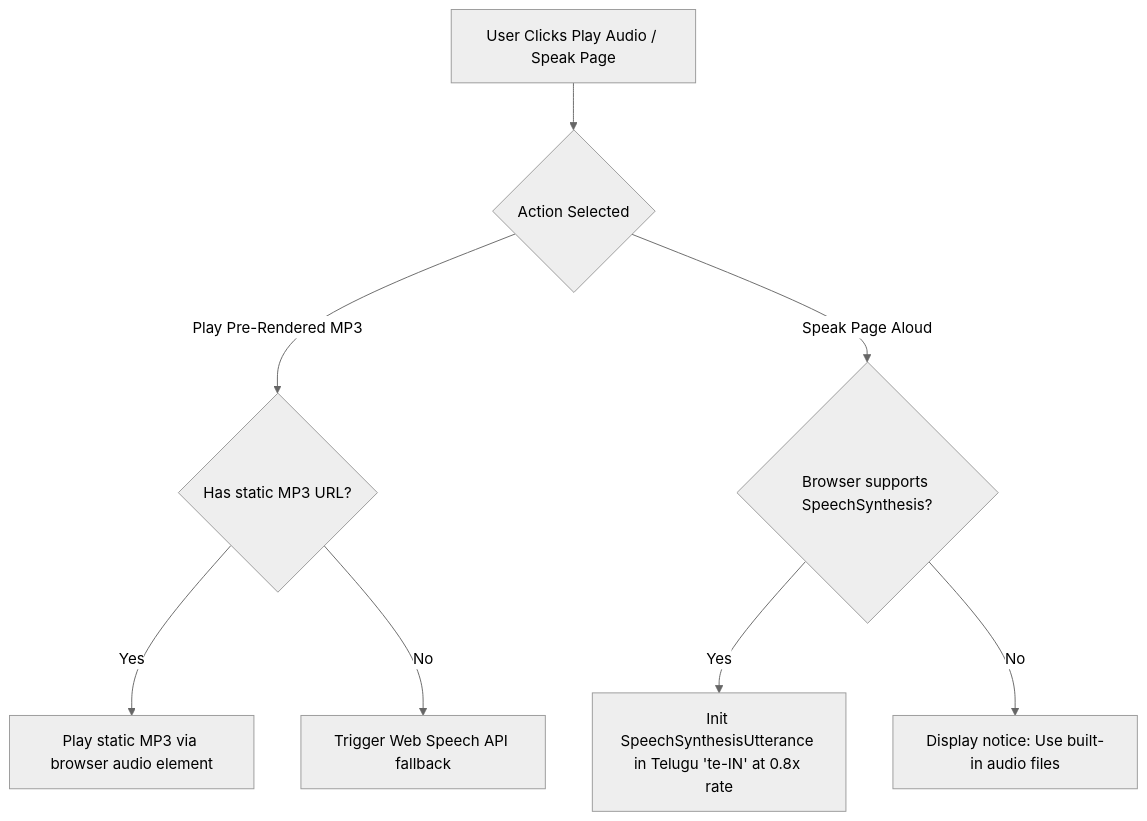
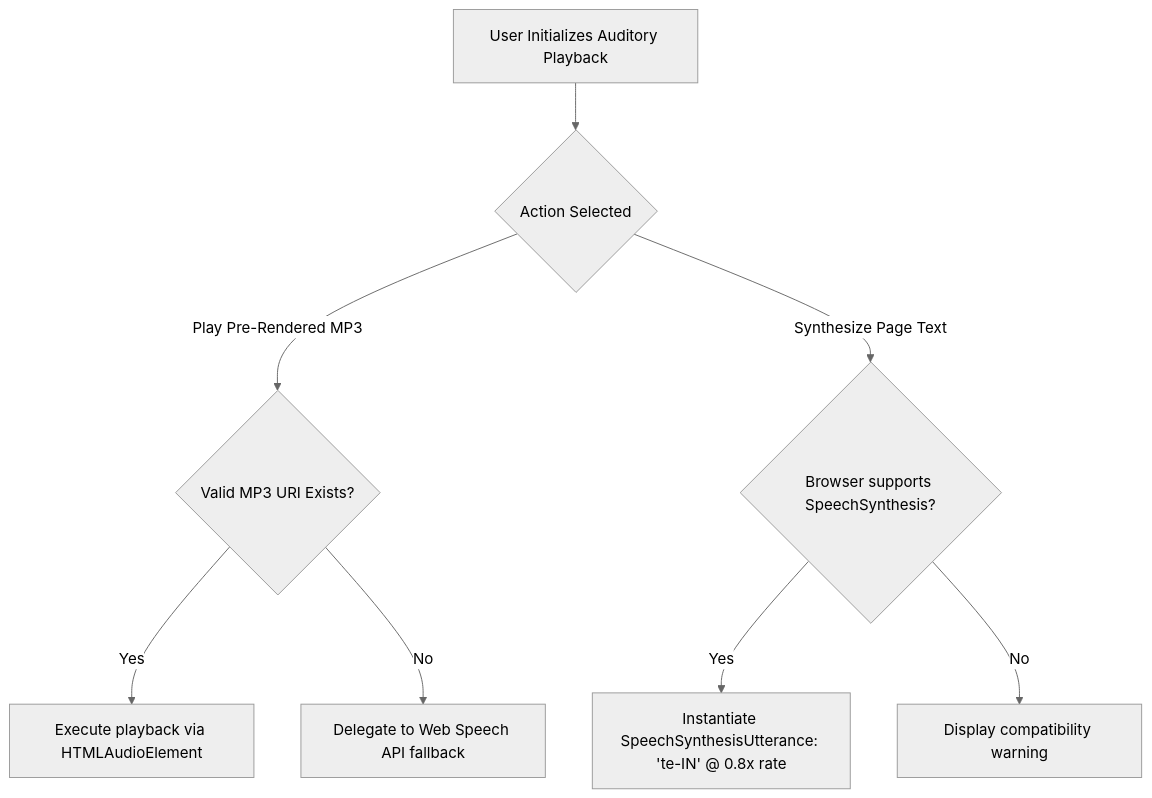
One commit to giridharreddy-dev/SmartGovAI-2026 changed the fourth of 5 diagrams in CODEBASE_REVIEW.md. Above: the diagram before and after it, drawn with Mermaid (neutral theme). The commit also changed other lines of this file and 12 other files, not shown here.

````diff
--- a/CODEBASE_REVIEW.md
+++ b/CODEBASE_REVIEW.md
@@ -300,12 +294,12 @@
 ```mermaid
 flowchart TD
-    Start[User Clicks Play Audio / Speak Page] --> Type{Action Selected}
+    Start[User Initializes Auditory Playback] --> Type{Action Selected}
     
-    Type -->|Play Pre-Rendered MP3| CheckCache{Has static MP3 URL?}
-    CheckCache -->|Yes| PlayMP3[Play static MP3 via browser audio element]
-    CheckCache -->|No| FallbackToBrowser[Trigger Web Speech API fallback]
+    Type -->|Play Pre-Rendered MP3| CheckCache{Valid MP3 URI Exists?}
+    CheckCache -->|Yes| PlayMP3[Execute playback via HTMLAudioElement]
+    CheckCache -->|No| FallbackToBrowser[Delegate to Web Speech API fallback]
     
-    Type -->|Speak Page Aloud| WebSpeechSupport{Browser supports SpeechSynthesis?}
-    WebSpeechSupport -->|Yes| WebSpeech[Init SpeechSynthesisUtterance in Telugu 'te-IN' at 0.8x rate]
-    WebSpeechSupport -->|No| AlertUser[Display notice: Use built-in audio files]
+    Type -->|Synthesize Page Text| WebSpeechSupport{Browser supports SpeechSynthesis?}
+    WebSpeechSupport -->|Yes| WebSpeech[Instantiate SpeechSynthesisUtterance: 'te-IN' @ 0.8x rate]
+    WebSpeechSupport -->|No| AlertUser[Display compatibility warning]
 ```
````
